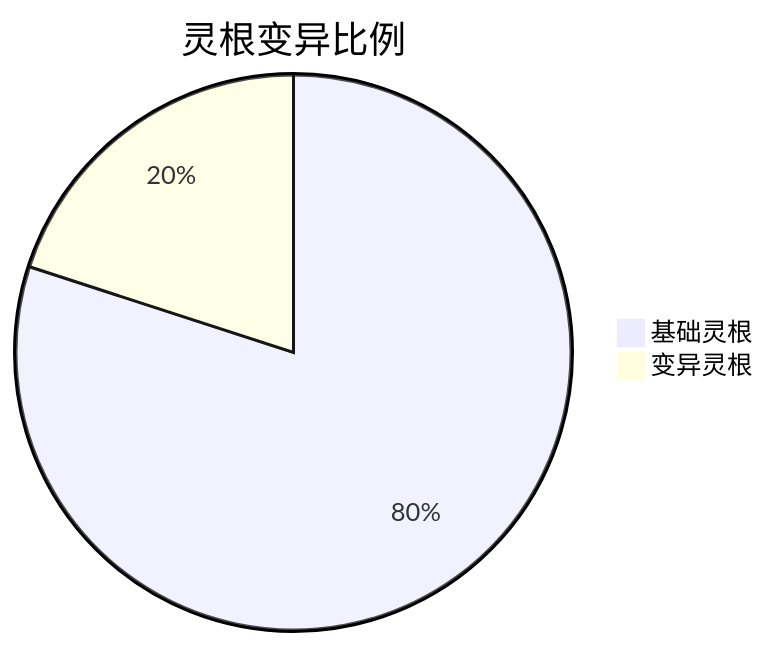
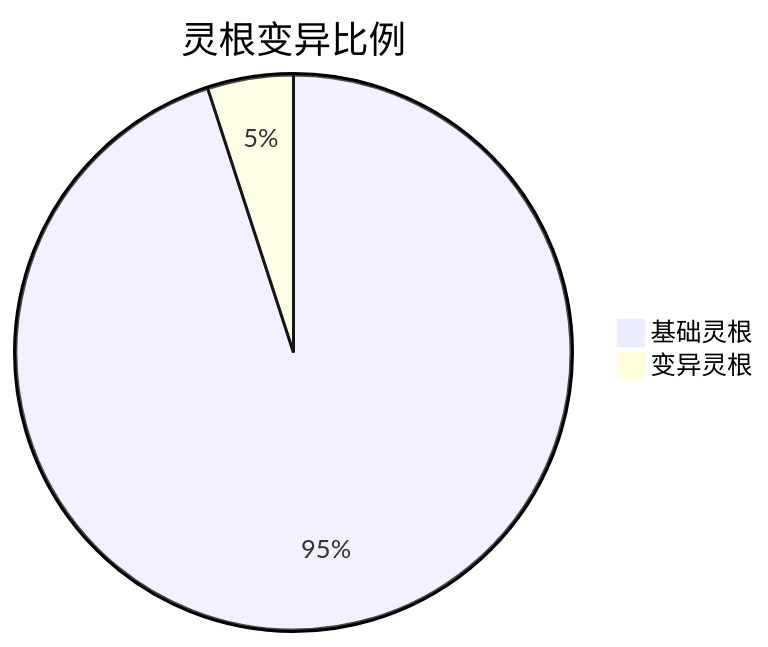
One commit to ChenyangGao/adventures-of-super-ye changed the eighth of 42 diagrams in 015-不凡惊悟/readme.md. Above: the diagram before and after it, drawn with Mermaid. The commit also changed other lines of this file and 135 other files, not shown here.

````diff
--- a/015-不凡惊悟/readme.md
+++ b/015-不凡惊悟/readme.md
@@ -348,5 +367,5 @@
 ```mermaid  
 pie title 灵根变异比例  
-    "基础灵根": 0.8  
-    "变异灵根": 0.2  
+    "基础灵根": 0.95
+    "变异灵根": 0.05
 ```  
````
